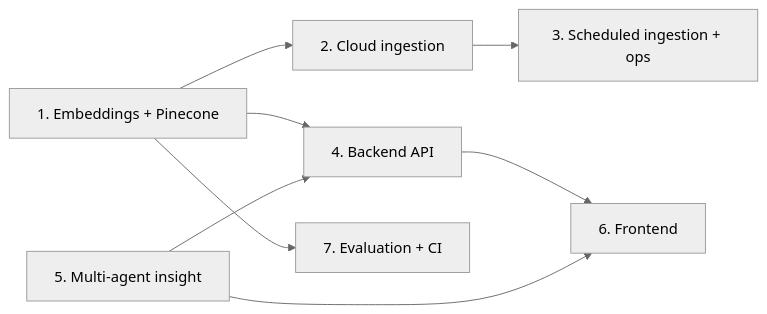
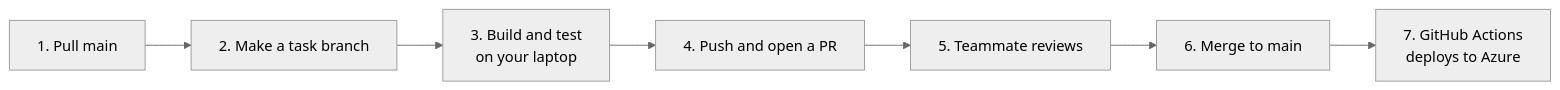
The second of 2 diagrams in ROADMAP.md (Break-Through-Tech/KPMG-1E-ai-research-intelligence-agent-for-business-insight-translation), drawn with Mermaid (neutral theme) before and after one commit. The commit also changed other lines of this file and 1 other file, not shown here.

Commit message:
Simplify roadmap into a high-level overview and move task details to docs/

````diff
--- a/ROADMAP.md
+++ b/ROADMAP.md
@@ -300,10 +74,9 @@
 ```mermaid
 flowchart LR
-    T1[1. Embeddings + Pinecone] --> T2[2. Cloud ingestion]
-    T2 --> T3[3. Scheduled ingestion + ops]
-    T1 --> T4[4. Backend API]
-    T5[5. Multi-agent insight] --> T4
-    T4 --> T6[6. Frontend]
-    T5 --> T6
-    T1 --> T7[7. Evaluation + CI]
+    A[1. Pull main] --> B[2. Make a task branch]
+    B --> C[3. Build and test<br/>on your laptop]
+    C --> D[4. Push and open a PR]
+    D --> E[5. Teammate reviews]
+    E --> F[6. Merge to main]
+    F --> G[7. GitHub Actions<br/>deploys to Azure]
 ```
````
